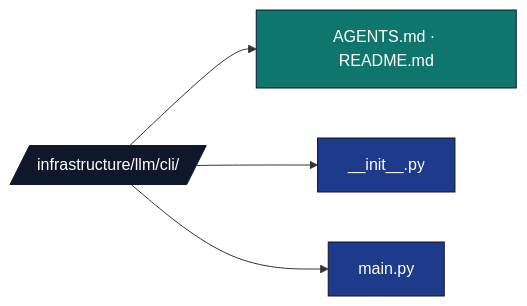
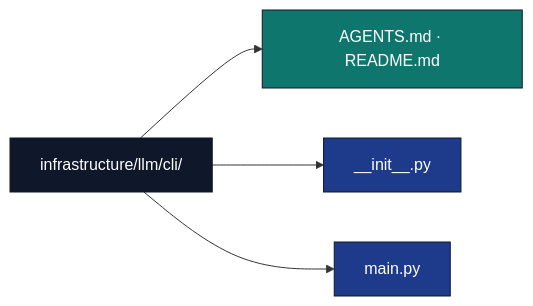
One commit to docxology/template changed the diagram in infrastructure/llm/cli/AGENTS.md. Above: the diagram before and after it, drawn with Mermaid. The commit also changed 94 other files, not shown here.

````diff
--- a/infrastructure/llm/cli/AGENTS.md
+++ b/infrastructure/llm/cli/AGENTS.md
@@ -9,14 +9,14 @@
 ```mermaid
 flowchart LR
-    CLI[/infrastructure/llm/cli//]
+    CLI[infrastructure/llm/cli/]
     CLI --> META[AGENTS.md · README.md]
     CLI --> INIT[__init__.py]
     CLI --> MAIN[main.py]
 
     classDef d fill:#0f172a,stroke:#0f172a,color:#fff
     classDef code fill:#1e3a8a,stroke:#0f172a,color:#fff
     classDef doc fill:#0f766e,stroke:#0f172a,color:#fff
     class CLI d
     class INIT,MAIN code
     class META doc
 ```
````
